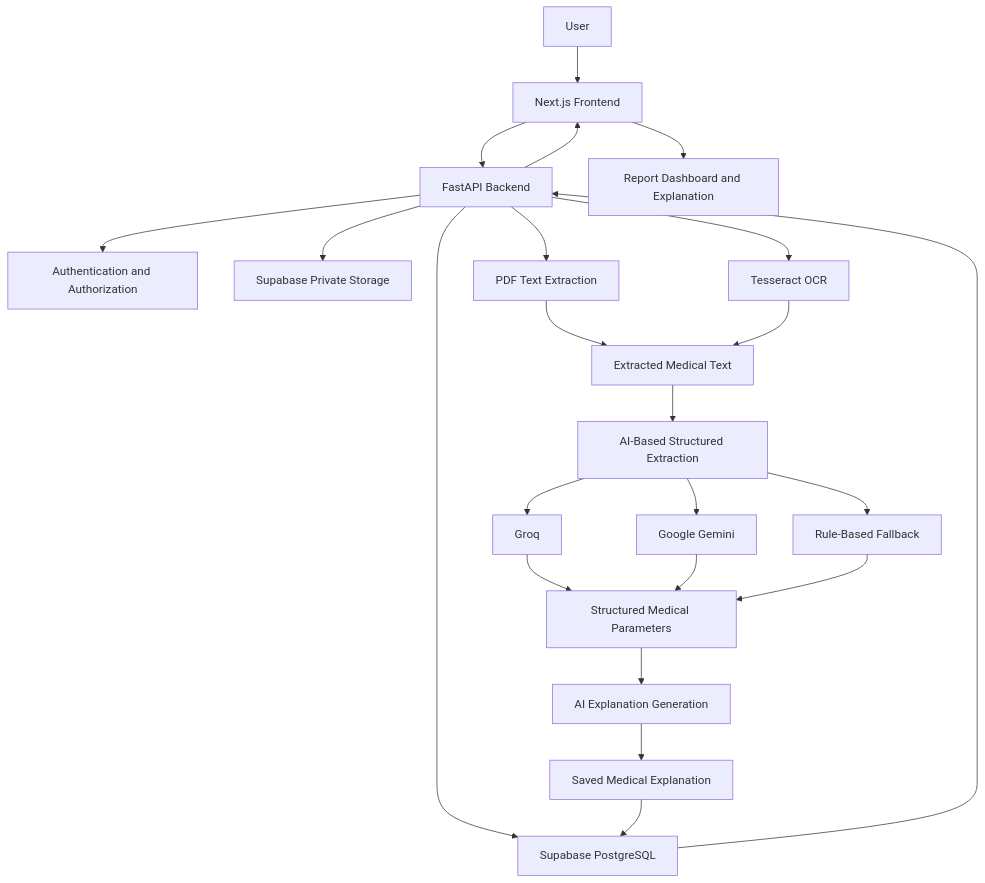
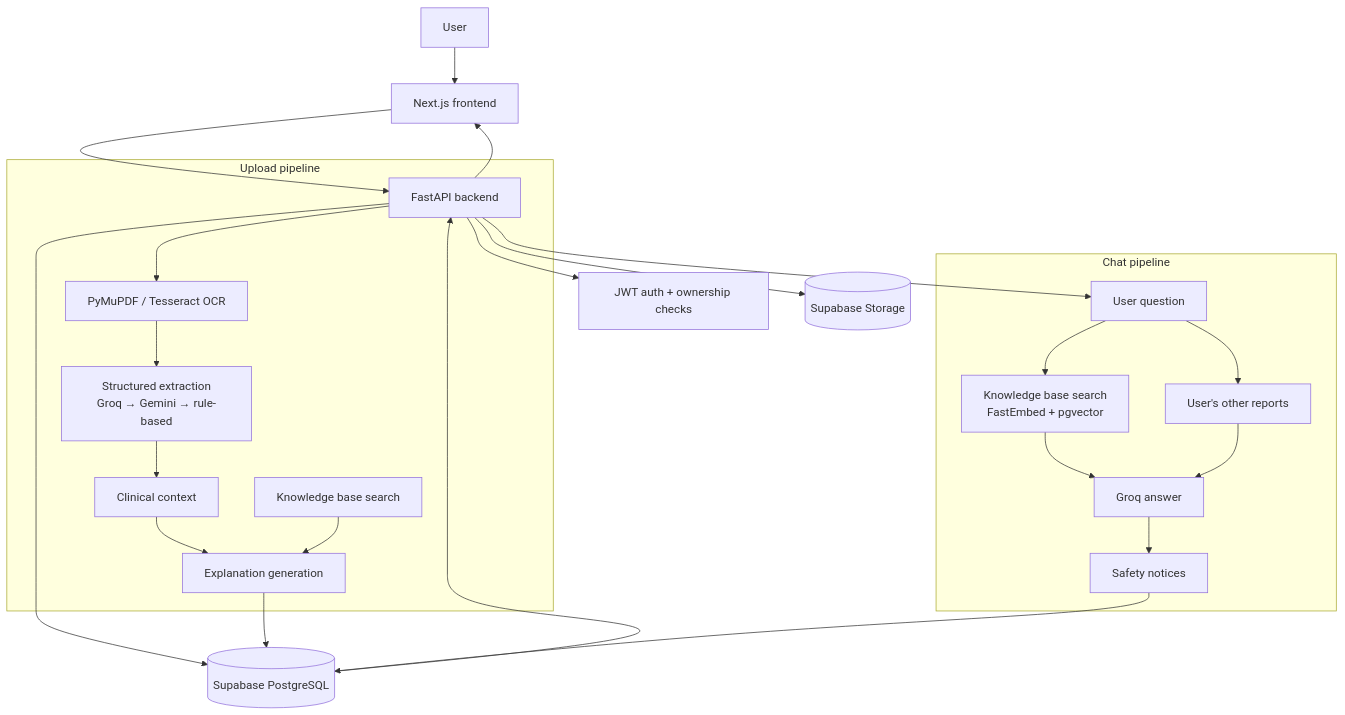
The diagram in README.md (Sarthak-Pattnaik/medical-report-explainer), drawn with Mermaid before and after one commit. The commit also changed other lines of this file and 4 other files, not shown here.

Commit message:
docs: update README; remove project report PDF; refresh screenshots

````diff
--- a/README.md
+++ b/README.md
@@ -194,32 +116,31 @@
 ```mermaid
 flowchart TD
-    A[User] --> B[Next.js Frontend]
-    B --> C[FastAPI Backend]
+    U[User] --> FE[Next.js frontend]
+    FE --> API[FastAPI backend]
 
-    C --> D[Authentication and Authorization]
-    C --> E[Supabase PostgreSQL]
-    C --> F[Supabase Private Storage]
+    API --> AUTH[JWT auth + ownership checks]
+    API --> DB[(Supabase PostgreSQL)]
+    API --> ST[(Supabase Storage)]
 
-    C --> G[PDF Text Extraction]
-    C --> H[Tesseract OCR]
+    subgraph Upload pipeline
+        API --> OCR[PyMuPDF / Tesseract OCR]
+        OCR --> EXT[Structured extraction<br/>Groq → Gemini → rule-based]
+        EXT --> CTX[Clinical context]
+        CTX --> EXP[Explanation generation]
+        KB1[Knowledge base search] --> EXP
+    end
 
-    G --> I[Extracted Medical Text]
-    H --> I
+    subgraph Chat pipeline
+        API --> Q[User question]
+        Q --> KB2[Knowledge base search<br/>FastEmbed + pgvector]
+        Q --> HIST[User's other reports]
+        KB2 --> LLM[Groq answer]
+        HIST --> LLM
+        LLM --> SAFE[Safety notices]
+    end
 
-    I --> J[AI-Based Structured Extraction]
-    J --> K[Groq]
-    J --> L[Google Gemini]
-    J --> M[Rule-Based Fallback]
-
-    K --> N[Structured Medical Parameters]
-    L --> N
-    M --> N
-
-    N --> O[AI Explanation Generation]
-    O --> P[Saved Medical Explanation]
-    P --> E
-
-    E --> C
-    C --> B
-    B --> Q[Report Dashboard and Explanation]
+    EXP --> DB
+    SAFE --> DB
+    DB --> API
+    API --> FE
 ```
````
